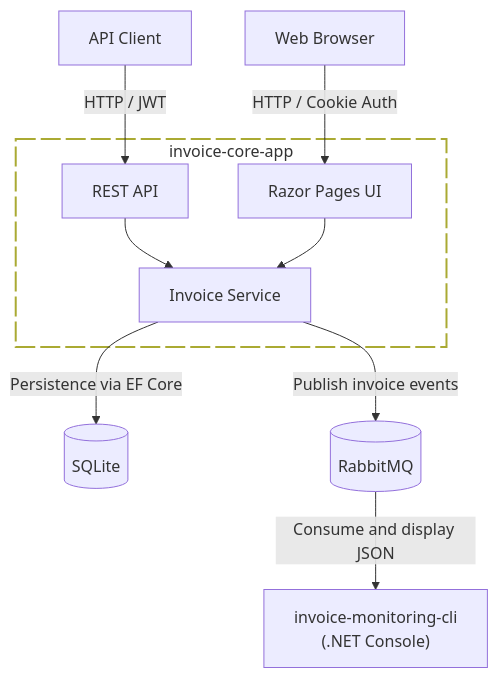
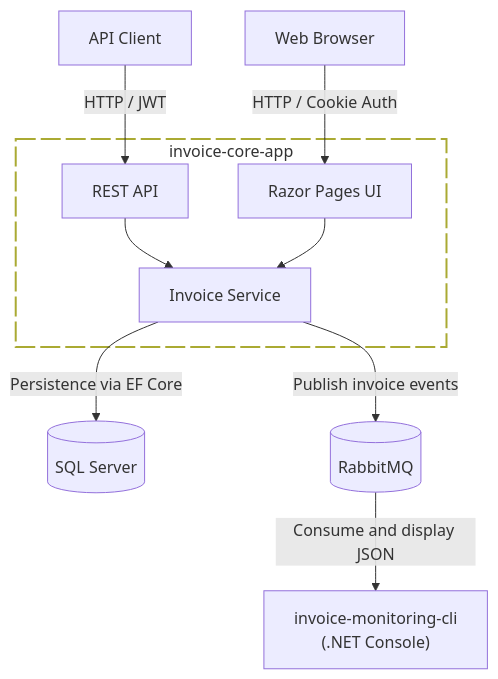
One commit to invoice-observer/.github changed the diagram in profile/README.md. Above: the diagram before and after it, drawn with Mermaid. The commit also changed other lines of this file, not shown here.

Commit message:
SQLite -> SQLServer

````diff
--- a/profile/README.md
+++ b/profile/README.md
@@ -18,27 +18,27 @@
 ```mermaid
 flowchart TD
 
 classDef dottedBox fill:transparent,fill-opacity:0.55,stroke-dasharray:20 5,stroke-width:2px;
 
 apiClient["API Client"]
 browser["Web Browser"]
 
 subgraph invoiceCoreApp["invoice-core-app"]
     api["REST API"]
     razorUi["Razor Pages UI"]
     invoiceCore["Invoice Service"]
     api --> invoiceCore
     razorUi --> invoiceCore
 end
 class invoiceCoreApp dottedBox
 
-sqlite[("SQLite")]
+sqlServer[("SQL Server")]
 rabbitMq[("RabbitMQ")]
 monitoring["invoice-monitoring-cli<br>(.NET Console)"]
 
 apiClient -->|HTTP / JWT| api
 browser -->|HTTP / Cookie Auth| razorUi
-invoiceCore -->|Persistence via EF Core| sqlite
+invoiceCore -->|Persistence via EF Core| sqlServer
 invoiceCore -->|Publish invoice events| rabbitMq
 rabbitMq -->|Consume and display JSON| monitoring
 ```
````
